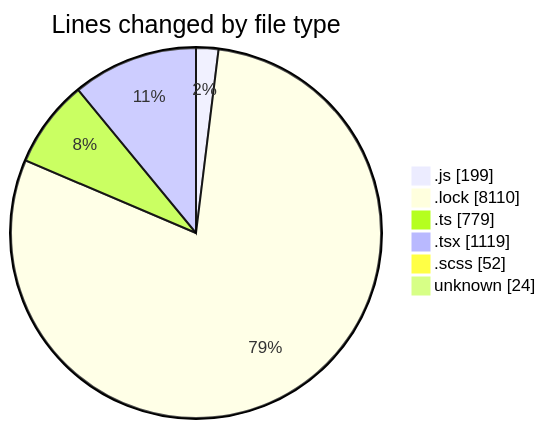
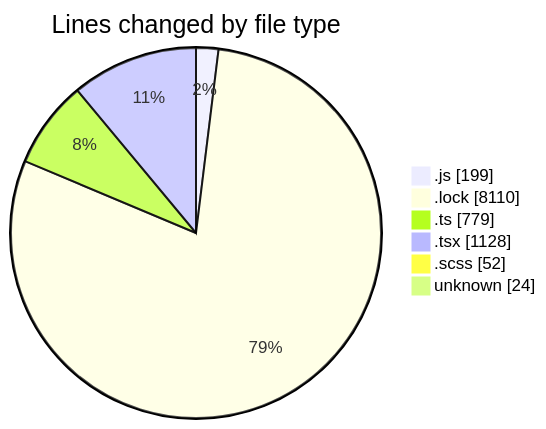
One commit to momahboobian/code-tracking changed the first of 2 diagrams in 2025-02-07/cda/README.md. Above: the diagram before and after it, drawn with Mermaid. The commit also changed other lines of this file and 1 other file, not shown here.

````diff
--- a/2025-02-07/cda/README.md
+++ b/2025-02-07/cda/README.md
@@ -57,10 +57,10 @@
 ```mermaid
 pie showData
 title Lines changed by file type
 ".js" : 199
 ".lock" : 8110
 ".ts" : 779
-".tsx" : 1119
+".tsx" : 1128
 ".scss" : 52
 "unknown" : 24
 ```
````
